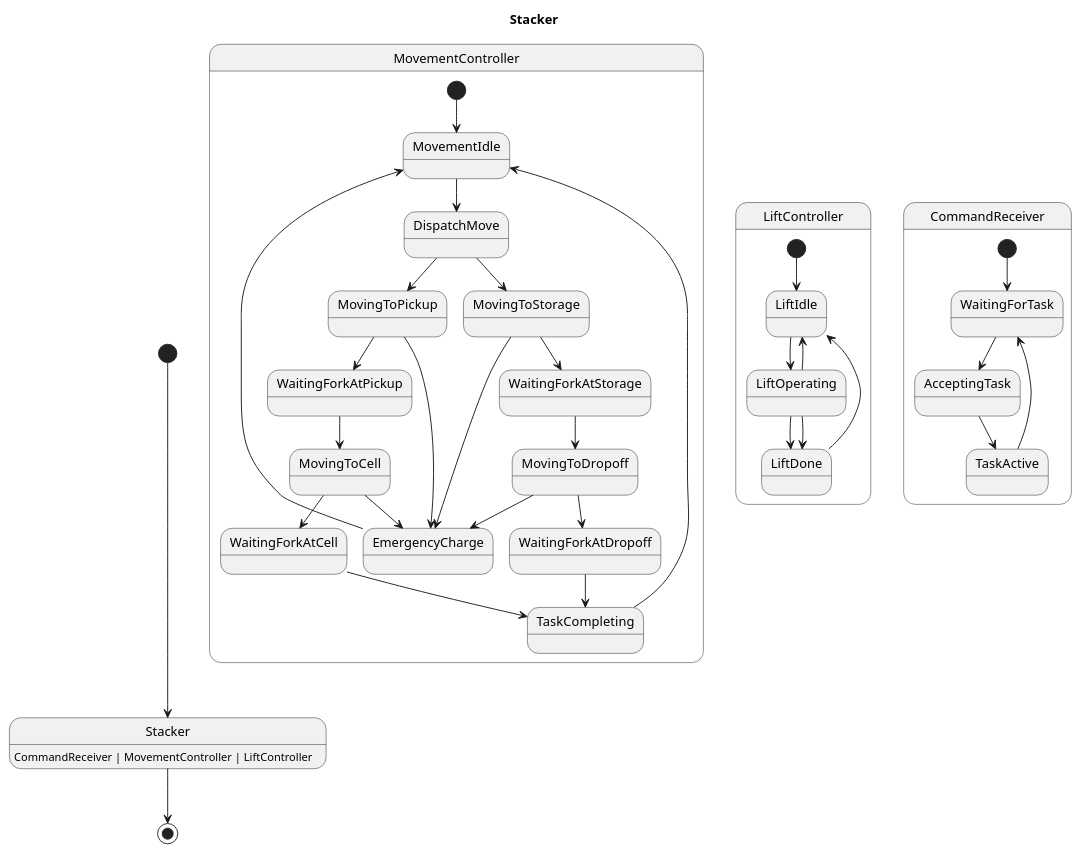
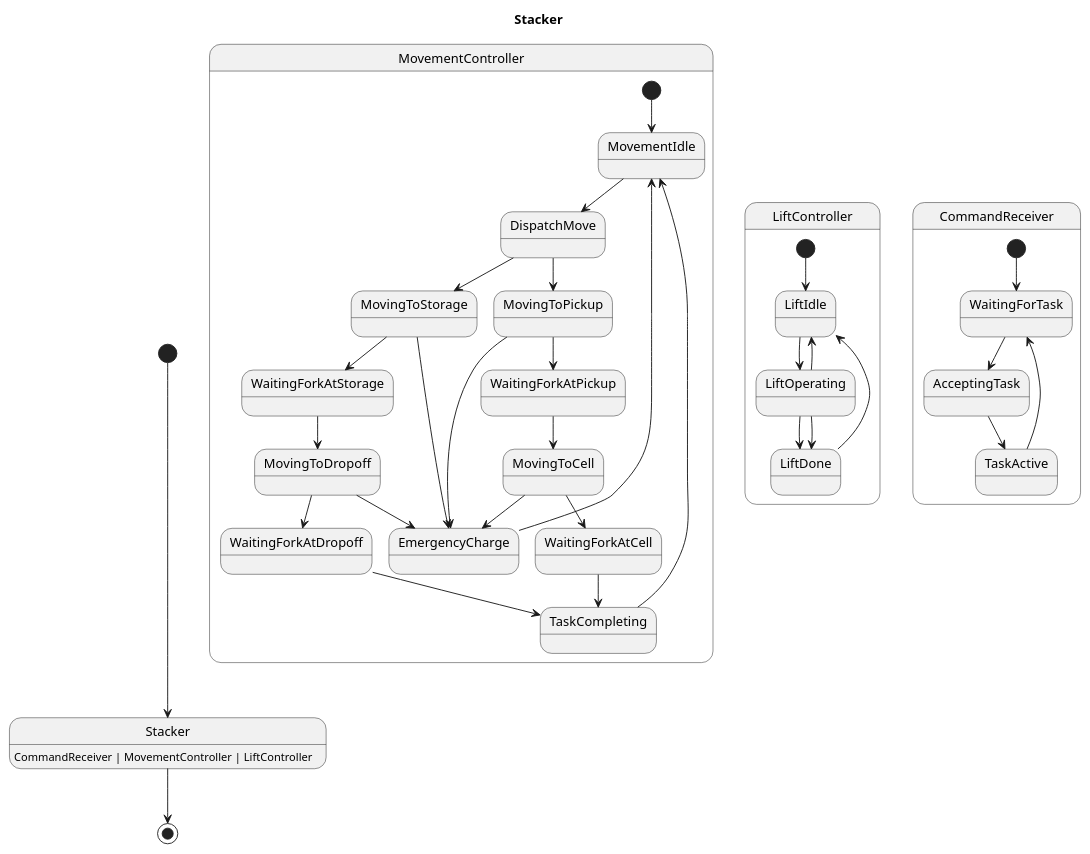
The diagram in examples/generated/plantuml/stacker.puml (Pastor/Takt), drawn with PlantUML before and after one commit. The commit also changed other lines of this file and 123 other files, not shown here.

```diff
--- a/examples/generated/plantuml/stacker.puml
+++ b/examples/generated/plantuml/stacker.puml
@@ -1,45 +1,45 @@
 @startuml
 title Stacker
 
 [*] --> Stacker
 Stacker : CommandReceiver | MovementController | LiftController
 Stacker --> [*]
 
 state MovementController {
     [*] --> MovementIdle
+    MovementIdle --> DispatchMove
     TaskCompleting --> MovementIdle
+    EmergencyCharge --> MovementIdle
+    MovingToPickup --> WaitingForkAtPickup
+    MovingToPickup --> EmergencyCharge
     WaitingForkAtStorage --> MovingToDropoff
-    MovementIdle --> DispatchMove
+    MovingToStorage --> WaitingForkAtStorage
+    MovingToStorage --> EmergencyCharge
+    MovingToDropoff --> WaitingForkAtDropoff
+    MovingToDropoff --> EmergencyCharge
+    DispatchMove --> MovingToPickup
+    DispatchMove --> MovingToStorage
+    WaitingForkAtPickup --> MovingToCell
     WaitingForkAtDropoff --> TaskCompleting
     MovingToCell --> WaitingForkAtCell
     MovingToCell --> EmergencyCharge
-    WaitingForkAtPickup --> MovingToCell
-    MovingToDropoff --> WaitingForkAtDropoff
-    MovingToDropoff --> EmergencyCharge
-    EmergencyCharge --> MovementIdle
-    MovingToStorage --> WaitingForkAtStorage
-    MovingToStorage --> EmergencyCharge
     WaitingForkAtCell --> TaskCompleting
-    DispatchMove --> MovingToPickup
-    DispatchMove --> MovingToStorage
-    MovingToPickup --> WaitingForkAtPickup
-    MovingToPickup --> EmergencyCharge
 }
 
 state LiftController {
     [*] --> LiftIdle
     LiftIdle --> LiftOperating
+    LiftDone --> LiftIdle
     LiftOperating --> LiftDone
     LiftOperating --> LiftDone
     LiftOperating --> LiftIdle
-    LiftDone --> LiftIdle
 }
 
 state CommandReceiver {
     [*] --> WaitingForTask
+    AcceptingTask --> TaskActive
+    WaitingForTask --> AcceptingTask
     TaskActive --> WaitingForTask
-    WaitingForTask --> AcceptingTask
-    AcceptingTask --> TaskActive
 }
 
 @enduml
```
